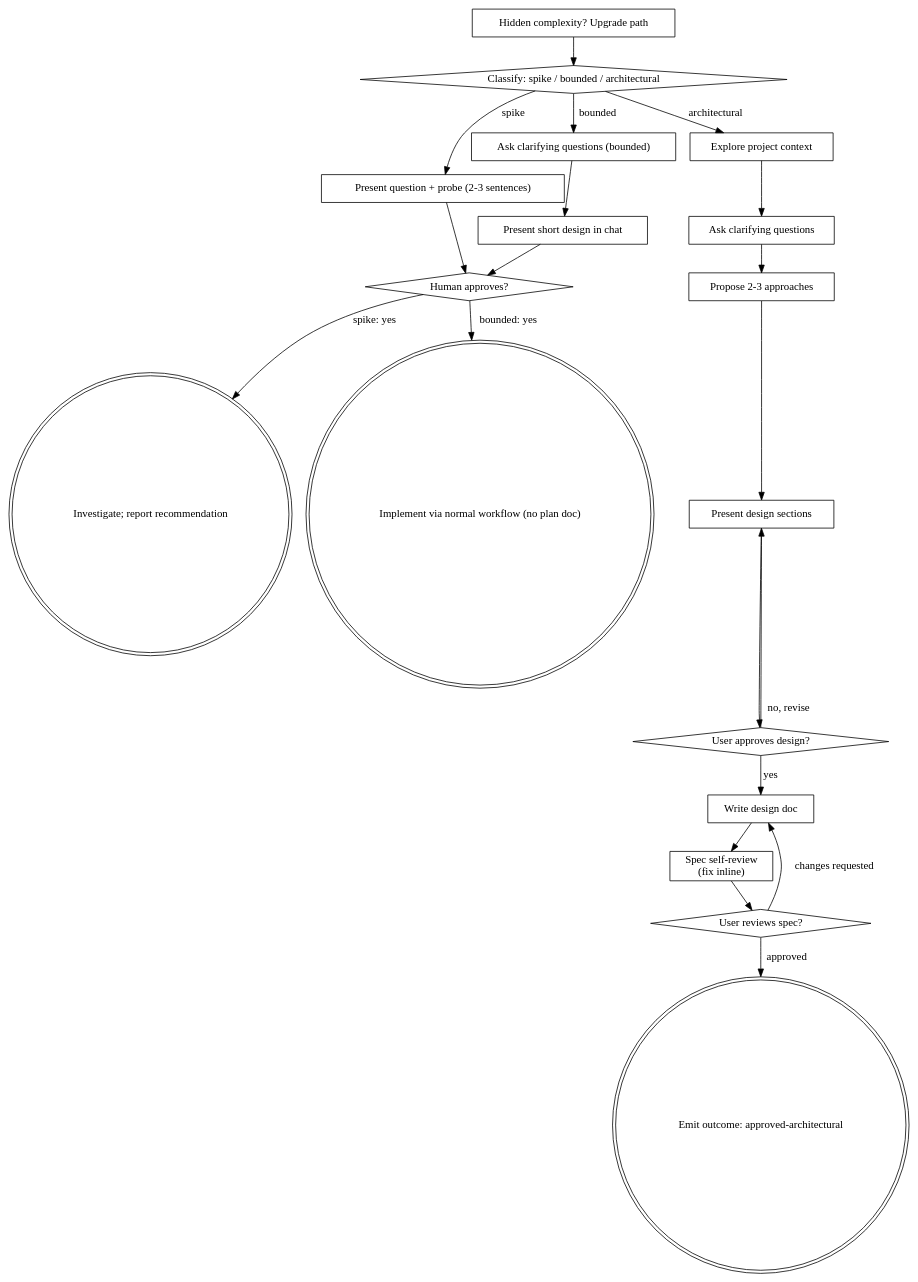
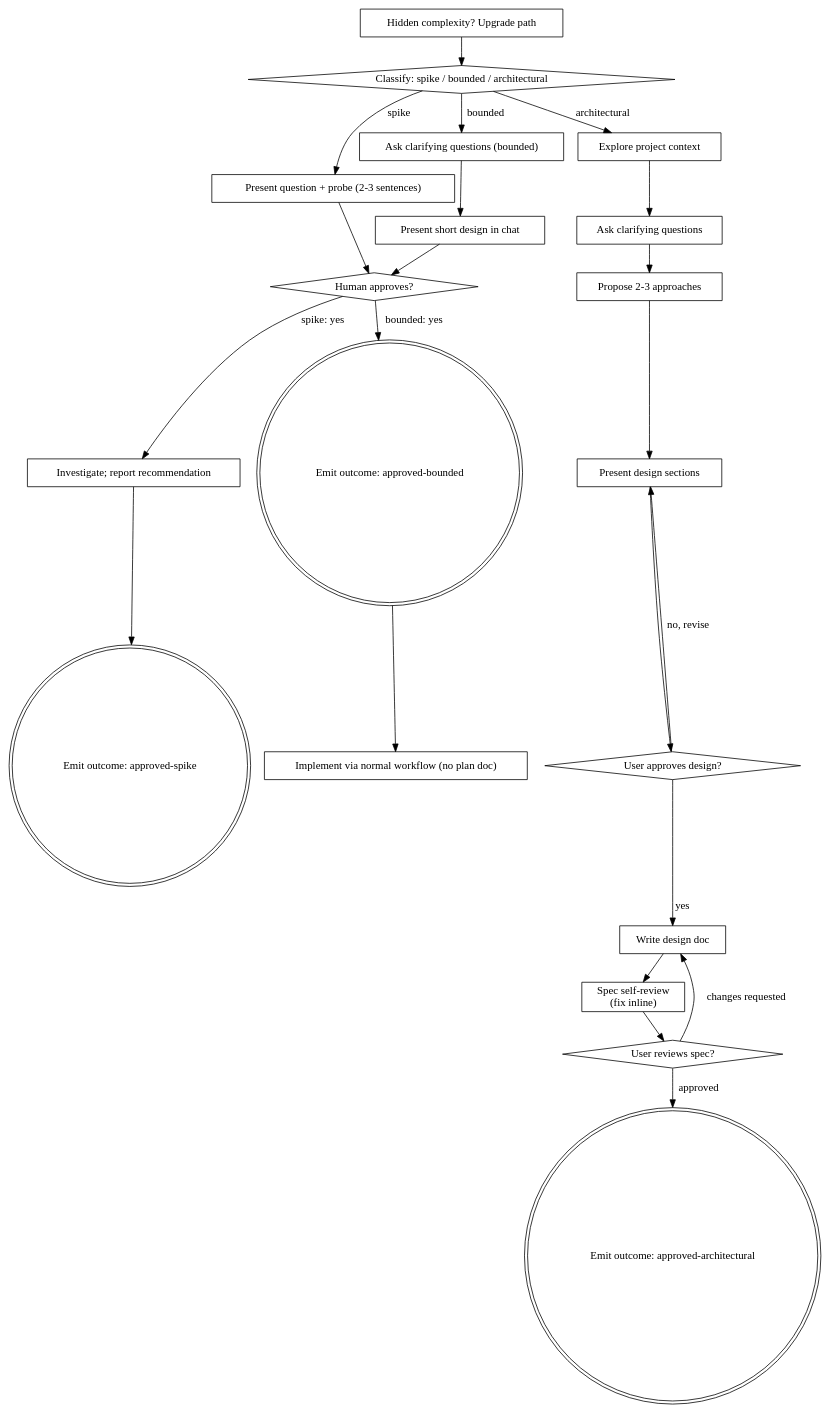
Before and after one commit to jamesthomasonjr/superpowers: the diagram in skills/brainstorming/SKILL.md, drawn with Graphviz. The commit also changed other lines of this file and 2 other files, not shown here.

Commit message:
fix(workflow): harden overlay merge and emit all brainstorm outcomes
Reject null/non-mapping skills and entries in merge_workflows, treat
non-mapping overlay files as resolve errors, and add approved-bounded /
approved-spike emit nodes to the brainstorming process flow.

````diff
--- a/skills/brainstorming/SKILL.md
+++ b/skills/brainstorming/SKILL.md
@@ -122,41 +122,45 @@
 ```dot
 digraph brainstorming {
     "Classify: spike / bounded / architectural" [shape=diamond];
     "Present question + probe (2-3 sentences)" [shape=box];
     "Ask clarifying questions (bounded)" [shape=box];
     "Present short design in chat" [shape=box];
     "Human approves?" [shape=diamond];
-    "Investigate; report recommendation" [shape=doublecircle];
-    "Implement via normal workflow (no plan doc)" [shape=doublecircle];
+    "Investigate; report recommendation" [shape=box];
+    "Emit outcome: approved-spike" [shape=doublecircle];
+    "Emit outcome: approved-bounded" [shape=doublecircle];
+    "Implement via normal workflow (no plan doc)" [shape=box];
     "Explore project context" [shape=box];
     "Ask clarifying questions" [shape=box];
     "Propose 2-3 approaches" [shape=box];
     "Present design sections" [shape=box];
     "User approves design?" [shape=diamond];
     "Write design doc" [shape=box];
     "Spec self-review\n(fix inline)" [shape=box];
     "User reviews spec?" [shape=diamond];
     "Emit outcome: approved-architectural" [shape=doublecircle];
     "Hidden complexity? Upgrade path" [shape=box];
 
     "Classify: spike / bounded / architectural" -> "Present question + probe (2-3 sentences)" [label="spike"];
     "Classify: spike / bounded / architectural" -> "Ask clarifying questions (bounded)" [label="bounded"];
     "Classify: spike / bounded / architectural" -> "Explore project context" [label="architectural"];
     "Present question + probe (2-3 sentences)" -> "Human approves?";
     "Ask clarifying questions (bounded)" -> "Present short design in chat";
     "Present short design in chat" -> "Human approves?";
     "Human approves?" -> "Investigate; report recommendation" [label="spike: yes"];
-    "Human approves?" -> "Implement via normal workflow (no plan doc)" [label="bounded: yes"];
+    "Investigate; report recommendation" -> "Emit outcome: approved-spike";
+    "Human approves?" -> "Emit outcome: approved-bounded" [label="bounded: yes"];
+    "Emit outcome: approved-bounded" -> "Implement via normal workflow (no plan doc)";
     "Hidden complexity? Upgrade path" -> "Classify: spike / bounded / architectural";
     "Explore project context" -> "Ask clarifying questions";
     "Ask clarifying questions" -> "Propose 2-3 approaches";
     "Propose 2-3 approaches" -> "Present design sections";
     "Present design sections" -> "User approves design?";
     "User approves design?" -> "Present design sections" [label="no, revise"];
     "User approves design?" -> "Write design doc" [label="yes"];
     "Write design doc" -> "Spec self-review\n(fix inline)";
     "Spec self-review\n(fix inline)" -> "User reviews spec?";
     "User reviews spec?" -> "Write design doc" [label="changes requested"];
     "User reviews spec?" -> "Emit outcome: approved-architectural" [label="approved"];
 }
 ```
````
